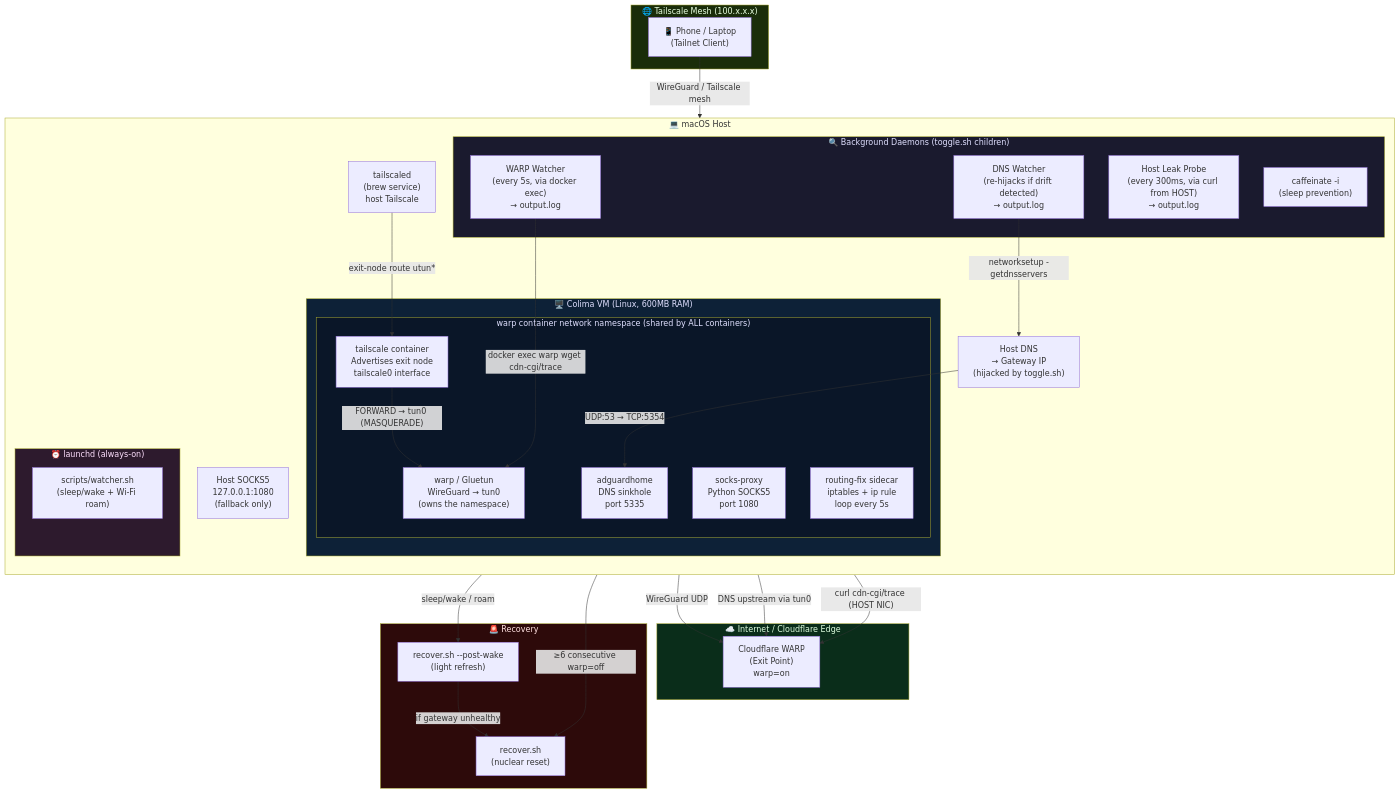
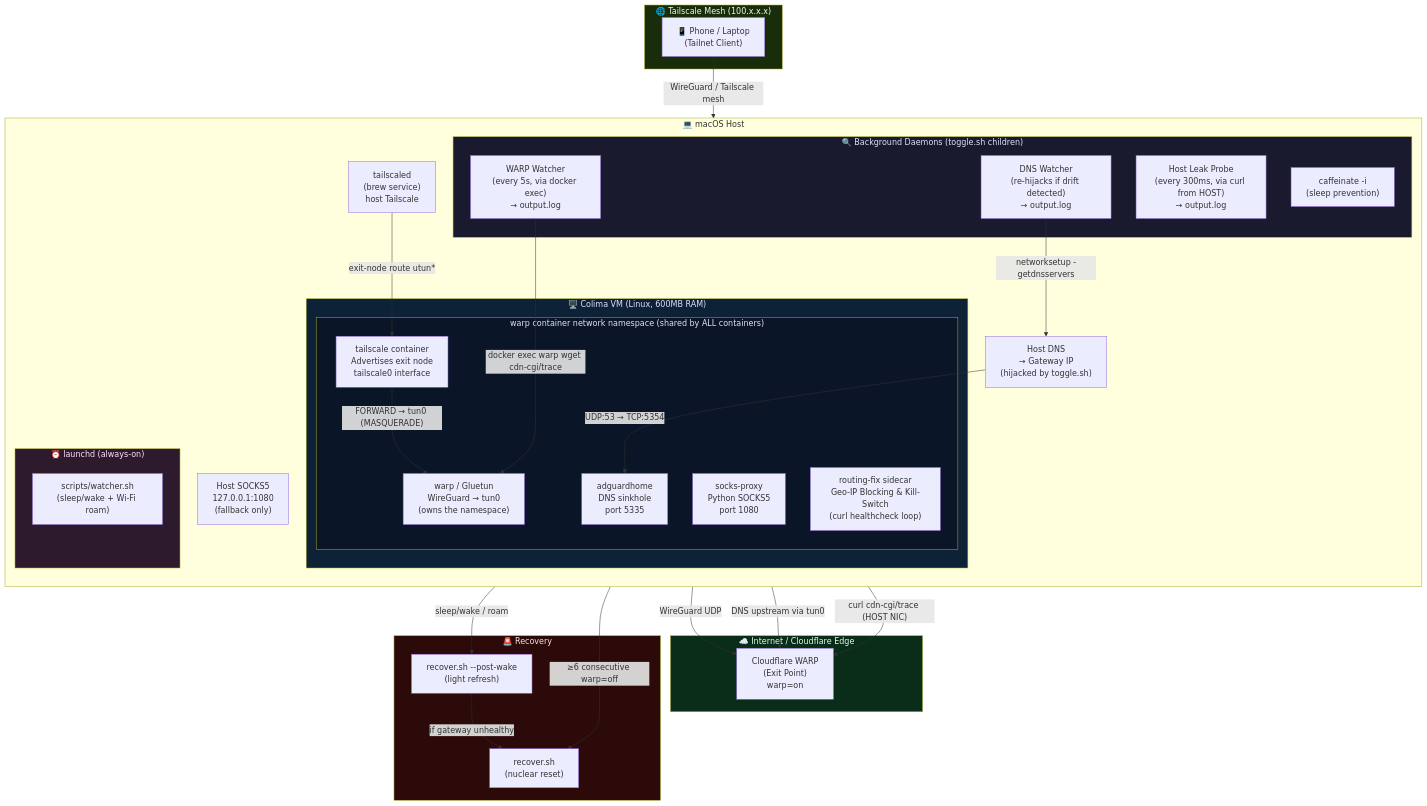
The first of 7 diagrams in diagrams.md (OmarAlaaeldein/nullexit), drawn with Mermaid before and after one commit. The commit also changed other lines of this file, not shown here.

Commit message:
docs(diagrams): update architecture flows to include kill-switch and geo-blocking

````diff
--- a/diagrams.md
+++ b/diagrams.md
@@ -7,71 +7,71 @@
 ```mermaid
 graph TB
     subgraph INTERNET["☁️  Internet / Cloudflare Edge"]
         CF["Cloudflare WARP\n(Exit Point)\nwarp=on"]
     end
 
     subgraph TAILNET["🌐 Tailscale Mesh (100.x.x.x)"]
         PHONE["📱 Phone / Laptop\n(Tailnet Client)"]
     end
 
     subgraph MACHOST["💻 macOS Host"]
         direction TB
         TSDAEMON["tailscaled\n(brew service)\nhost Tailscale"]
         HOSTDNS["Host DNS\n→ Gateway IP\n(hijacked by toggle.sh)"]
         HOSTSOCKS["Host SOCKS5\n127.0.0.1:1080\n(fallback only)"]
 
         subgraph MONITORS["🔍 Background Daemons (toggle.sh children)"]
             WARPWATCH["WARP Watcher\n(every 5s, via docker exec)\n→ output.log"]
             LEAKPROBE["Host Leak Probe\n(every 300ms, via curl from HOST)\n→ output.log"]
             DNSWATCHER["DNS Watcher\n(re-hijacks if drift detected)\n→ output.log"]
             CAFFEINATE["caffeinate -i\n(sleep prevention)"]
         end
 
         subgraph COLIMAVM["🖥️  Colima VM (Linux, 600MB RAM)"]
             subgraph NETNS["warp container network namespace (shared by ALL containers)"]
                 GLUETUN["warp / Gluetun\nWireGuard → tun0\n(owns the namespace)"]
                 TS["tailscale container\nAdvertises exit node\ntailscale0 interface"]
                 SOCKS["socks-proxy\nPython SOCKS5\nport 1080"]
                 ADGUARD["adguardhome\nDNS sinkhole\nport 5335"]
-                ROUTINGFIX["routing-fix sidecar\niptables + ip rule\nloop every 5s"]
+                ROUTINGFIX["routing-fix sidecar\nGeo-IP Blocking & Kill-Switch\n(curl healthcheck loop)"]
             end
         end
 
         subgraph LAUNCHD["⏰ launchd (always-on)"]
             WATCHER["scripts/watcher.sh\n(sleep/wake + Wi-Fi roam)"]
         end
     end
 
     subgraph RECOVERY["🚨 Recovery"]
         RECOVER["recover.sh\n(nuclear reset)"]
         RECOVERPOST["recover.sh --post-wake\n(light refresh)"]
     end
 
     %% Traffic flow
     PHONE -->|"WireGuard / Tailscale mesh"| TSDAEMON
     TSDAEMON -->|"exit-node route utun*"| TS
     TS -->|"FORWARD → tun0 (MASQUERADE)"| GLUETUN
     GLUETUN -->|"WireGuard UDP"| CF
 
     %% DNS
     HOSTDNS -->|"UDP:53 → TCP:5354"| ADGUARD
     ADGUARD -->|"DNS upstream via tun0"| CF
 
     %% Monitoring
     WARPWATCH -->|"docker exec warp wget cdn-cgi/trace"| GLUETUN
     LEAKPROBE -->|"curl cdn-cgi/trace (HOST NIC)"| CF
     DNSWATCHER -->|"networksetup -getdnsservers"| HOSTDNS
 
     %% Recovery triggers
     WARPWATCH -->|"≥6 consecutive warp=off"| RECOVER
     WATCHER -->|"sleep/wake / roam"| RECOVERPOST
     RECOVERPOST -->|"if gateway unhealthy"| RECOVER
 
     style MONITORS fill:#1a1a2e,color:#e0e0ff
     style COLIMAVM fill:#0d2137,color:#e0e0ff
     style NETNS fill:#0a1628,color:#e0e0ff
     style RECOVERY fill:#2d0a0a,color:#ffe0e0
     style INTERNET fill:#0a2d1a,color:#e0ffe0
     style TAILNET fill:#1a2d0a,color:#e8ffe0
     style LAUNCHD fill:#2d1a2d,color:#ffe0ff
 ```
````
